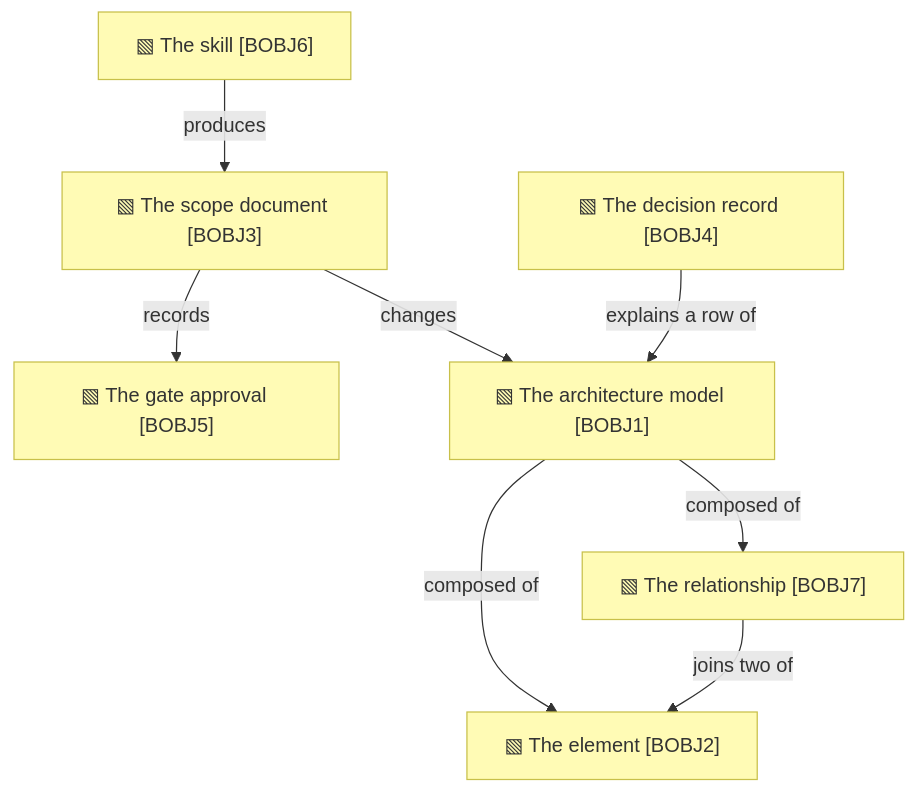
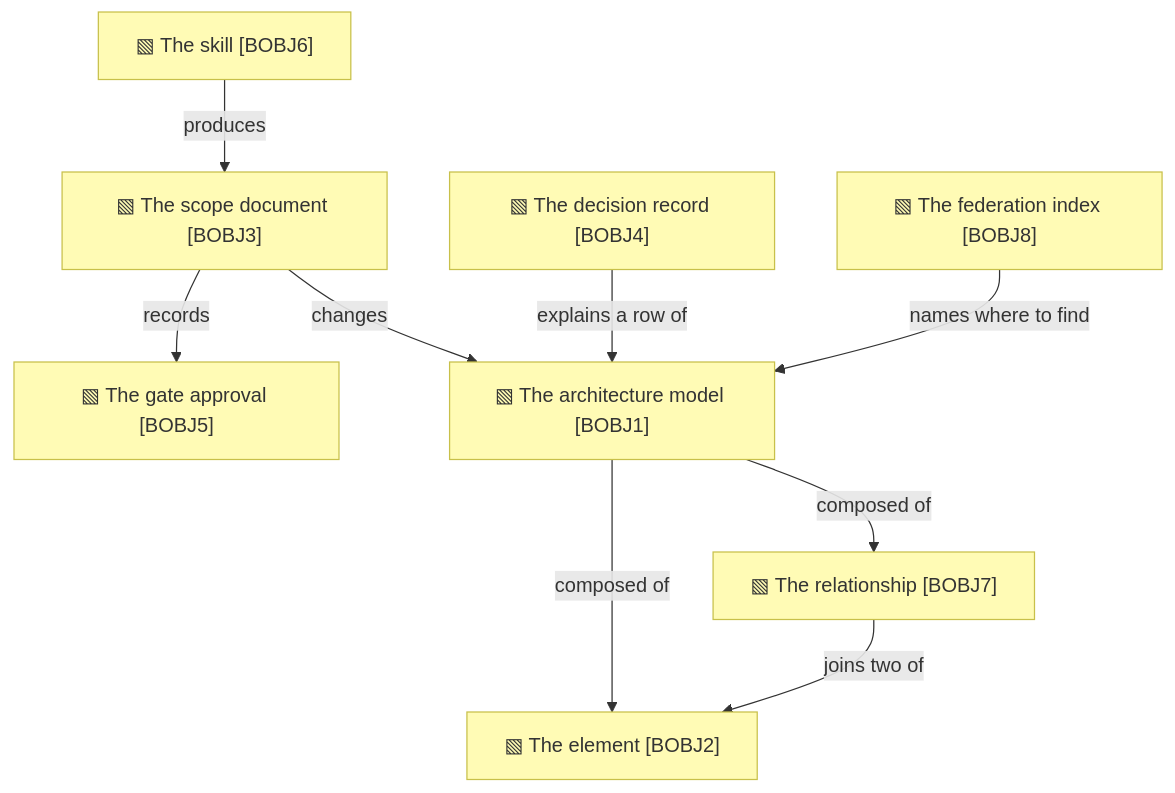
One commit to roanboc/architecture-archreator changed the second of 2 diagrams in product-archreator/architecture/2_business/4_business-objects.md. Above: the diagram before and after it, drawn with Mermaid. The commit also changed other lines of this file and 13 other files, not shown here.

````diff
--- a/product-archreator/architecture/2_business/4_business-objects.md
+++ b/product-archreator/architecture/2_business/4_business-objects.md
@@ -37,20 +38,22 @@
 ```mermaid
 flowchart TB
   bobj1["▧ The architecture model [BOBJ1]"]:::object
   bobj2["▧ The element [BOBJ2]"]:::object
   bobj3["▧ The scope document [BOBJ3]"]:::object
   bobj4["▧ The decision record [BOBJ4]"]:::object
   bobj5["▧ The gate approval [BOBJ5]"]:::object
   bobj6["▧ The skill [BOBJ6]"]:::object
   bobj7["▧ The relationship [BOBJ7]"]:::object
+  bobj8["▧ The federation index [BOBJ8]"]:::object
 
   bobj1 -->|composed of| bobj2
   bobj1 -->|composed of| bobj7
   bobj7 -->|joins two of| bobj2
+  bobj8 -->|names where to find| bobj1
   bobj3 -->|records| bobj5
   bobj3 -->|changes| bobj1
   bobj4 -->|explains a row of| bobj1
   bobj6 -->|produces| bobj3
 
   classDef object fill:#fffbb5,stroke:#c8c04a,color:#333
 ```
````
